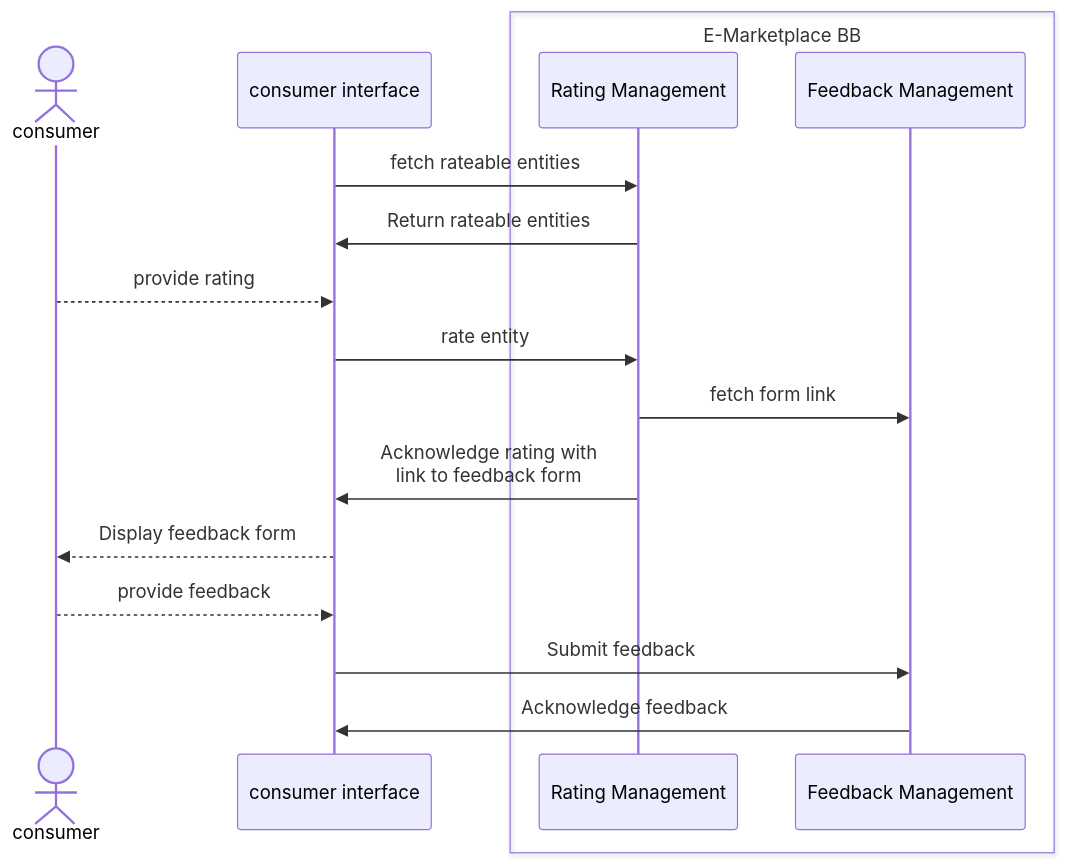
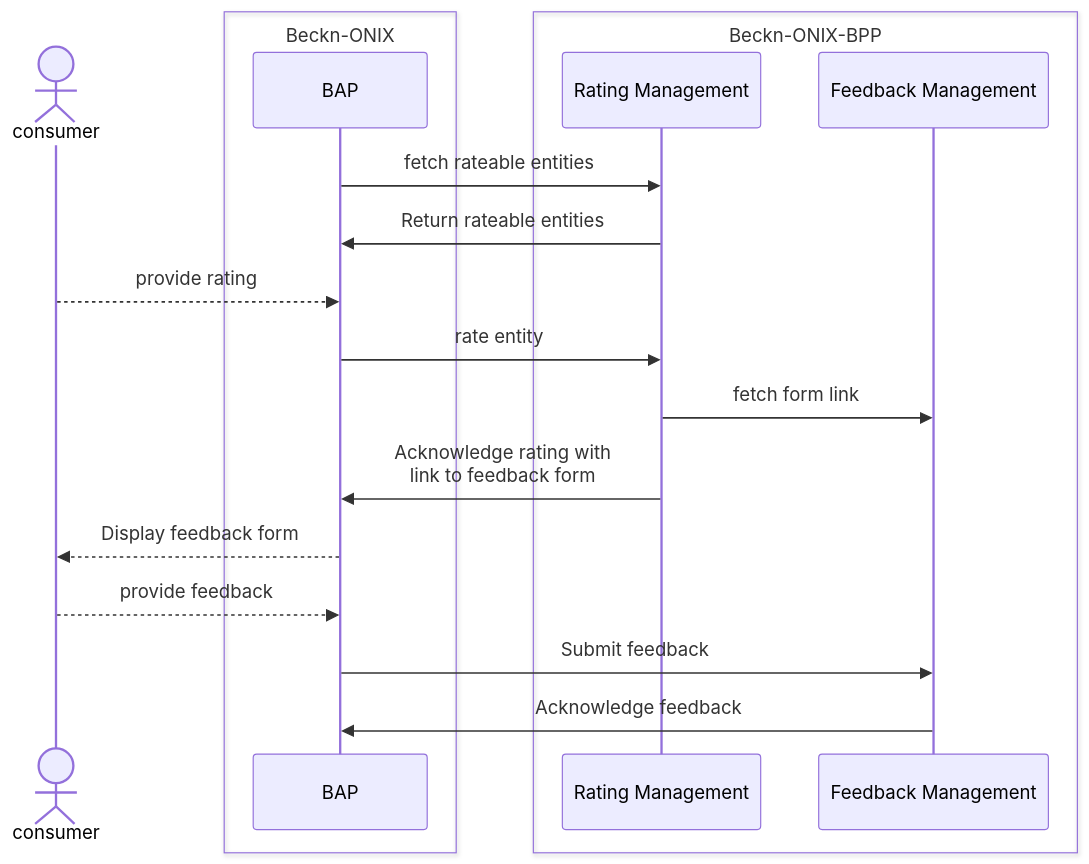
Before and after one commit to rajaneeshk90/gitbook-exp: diagram 16 of 17 in README.md, drawn with Mermaid. The commit also changed other lines of this file, not shown here.

Commit message:
GITBOOK-7: Updated sequence diagram for all APIs

````diff
--- a/README.md
+++ b/README.md
@@ -401,19 +435,21 @@
 ```mermaid
 sequenceDiagram
     Actor consumer
-    participant consumer interface
-    box E-Marketplace BB
+    box Beckn-ONIX
+    participant BAP
+    end
+    box Beckn-ONIX-BPP
     participant Rating Management
     participant Feedback Management
     end
-    consumer interface->>Rating Management: fetch rateable entities
-    Rating Management->>consumer interface: Return rateable entities
-    consumer-->>consumer interface: provide rating
-    consumer interface->>Rating Management: rate entity
+    BAP->>Rating Management: fetch rateable entities
+    Rating Management->>BAP: Return rateable entities
+    consumer-->>BAP: provide rating
+    BAP->>Rating Management: rate entity
     Rating Management->>Feedback Management: fetch form link
-    Rating Management->>consumer interface: Acknowledge rating with <br/> link to feedback form
-    consumer interface-->>consumer: Display feedback form
-    consumer-->>consumer interface: provide feedback
-    consumer interface->>Feedback Management: Submit feedback
-    Feedback Management->>consumer interface: Acknowledge feedback
+    Rating Management->>BAP: Acknowledge rating with <br/> link to feedback form
+    BAP-->>consumer: Display feedback form
+    consumer-->>BAP: provide feedback
+    BAP->>Feedback Management: Submit feedback
+    Feedback Management->>BAP: Acknowledge feedback
 ```
````
